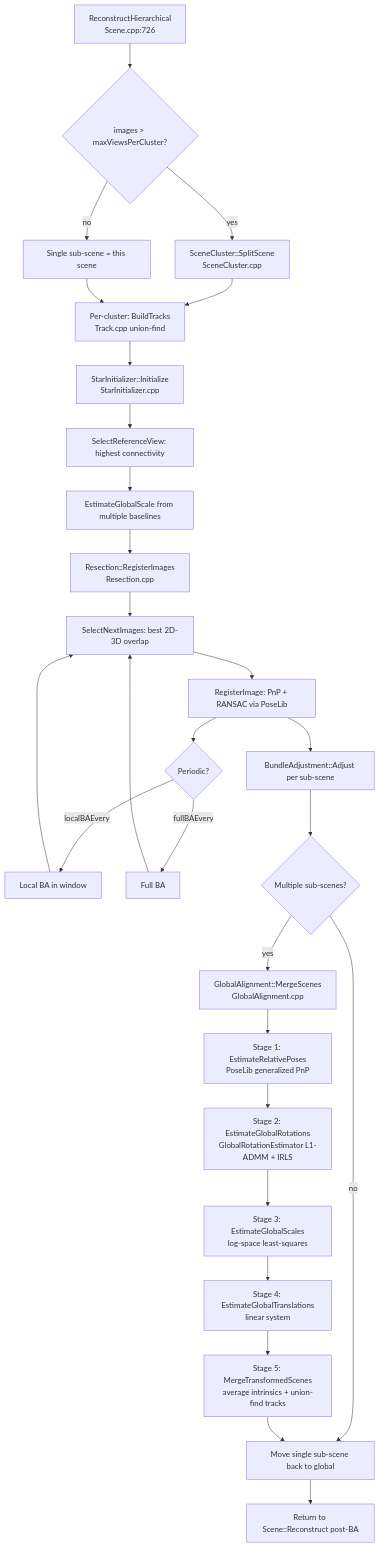
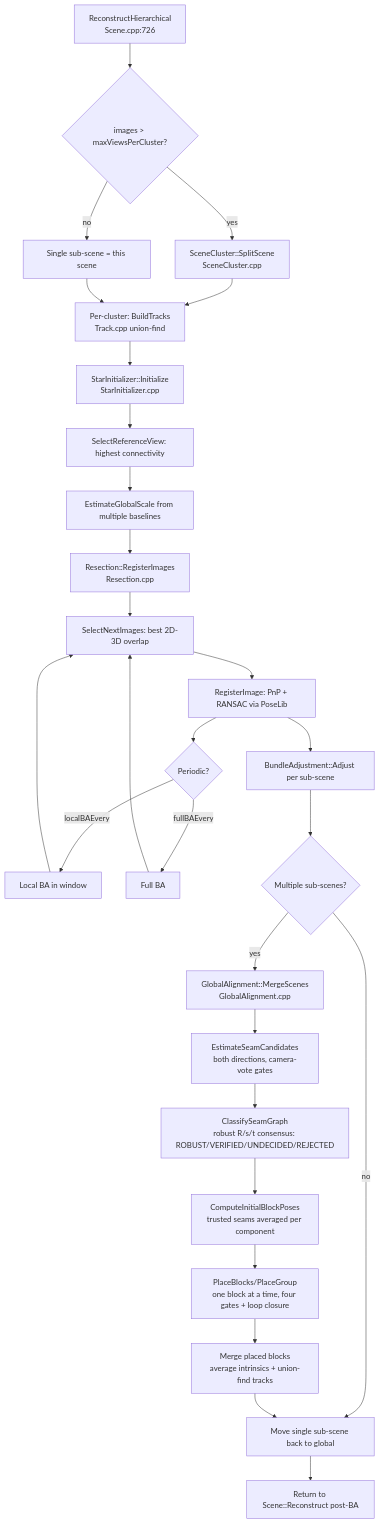
One commit to cdcseacave/openMVS changed the third of 10 diagrams in docs/pipeline-traces.md. Above: the diagram before and after it, drawn with Mermaid. The commit also changed other lines of this file and 6 other files, not shown here.

````diff
--- a/docs/pipeline-traces.md
+++ b/docs/pipeline-traces.md
@@ -196,30 +196,30 @@
 ```mermaid
 graph TD
     A[ReconstructHierarchical<br/>Scene.cpp:726] --> B{images > maxViewsPerCluster?}
     B -->|yes| C[SceneCluster::SplitScene<br/>SceneCluster.cpp]
     B -->|no| D[Single sub-scene = this scene]
     C --> E[Per-cluster: BuildTracks<br/>Track.cpp union-find]
     D --> E
     E --> F[StarInitializer::Initialize<br/>StarInitializer.cpp]
     F --> F1[SelectReferenceView: highest connectivity]
     F1 --> F2[EstimateGlobalScale from multiple baselines]
     F2 --> G[Resection::RegisterImages<br/>Resection.cpp]
     G --> G1[SelectNextImages: best 2D-3D overlap]
     G1 --> G2[RegisterImage: PnP + RANSAC via PoseLib]
     G2 --> G3{Periodic?}
     G3 -->|localBAEvery| G4[Local BA in window]
     G3 -->|fullBAEvery| G5[Full BA]
     G4 --> G1
     G5 --> G1
     G2 --> H[BundleAdjustment::Adjust per sub-scene]
     H --> I{Multiple sub-scenes?}
     I -->|no| J[Move single sub-scene back to global]
     I -->|yes| K[GlobalAlignment::MergeScenes<br/>GlobalAlignment.cpp]
-    K --> K1[Stage 1: EstimateRelativePoses<br/>PoseLib generalized PnP]
-    K1 --> K2[Stage 2: EstimateGlobalRotations<br/>GlobalRotationEstimator L1-ADMM + IRLS]
-    K2 --> K3[Stage 3: EstimateGlobalScales<br/>log-space least-squares]
-    K3 --> K4[Stage 4: EstimateGlobalTranslations<br/>linear system]
-    K4 --> K5[Stage 5: MergeTransformedScenes<br/>average intrinsics + union-find tracks]
+    K --> K1[EstimateSeamCandidates<br/>both directions, camera-vote gates]
+    K1 --> K2[ClassifySeamGraph<br/>robust R/s/t consensus: ROBUST/VERIFIED/UNDECIDED/REJECTED]
+    K2 --> K3[ComputeInitialBlockPoses<br/>trusted seams averaged per component]
+    K3 --> K4[PlaceBlocks/PlaceGroup<br/>one block at a time, four gates + loop closure]
+    K4 --> K5[Merge placed blocks<br/>average intrinsics + union-find tracks]
     K5 --> J
     J --> L[Return to Scene::Reconstruct post-BA]
 ```
````
